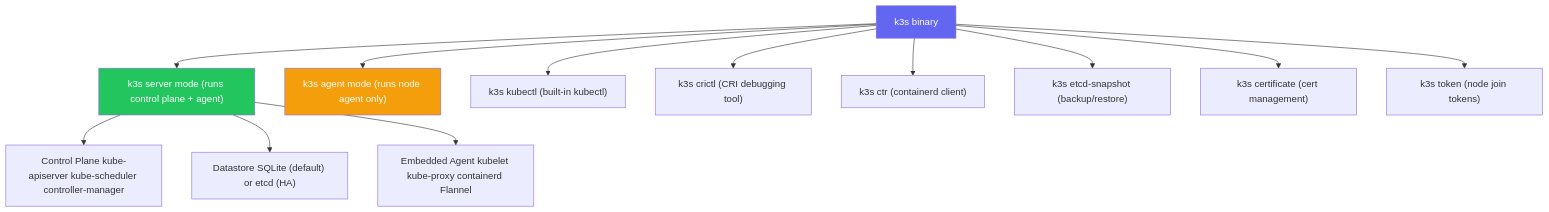
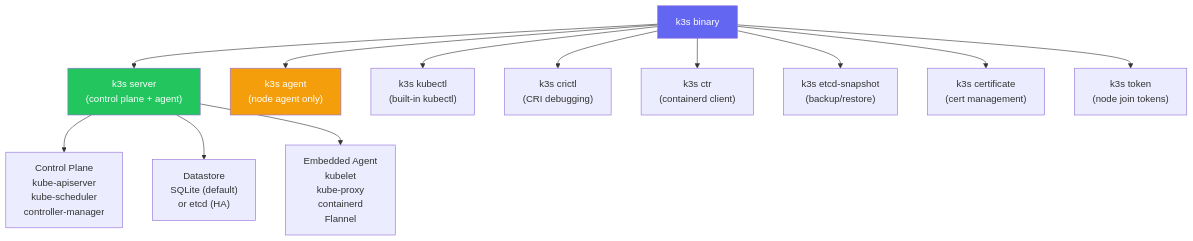
One commit to UncleJS/course_k3s changed the third of 6 diagrams in 01_introduction/01_what_is_k3s.md. Above: the diagram before and after it, drawn with Mermaid. The commit also changed other lines of this file and 45 other files, not shown here.

First line of the commit message:
Expand all course lessons: Mermaid diagrams + rich prose across 43 files

````diff
--- a/01_introduction/01_what_is_k3s.md
+++ b/01_introduction/01_what_is_k3s.md
@@ -158,20 +188,20 @@
 ```mermaid
 flowchart TD
     BIN["k3s binary"]
-    BIN --> SERVER["k3s server mode (runs control plane + agent)"]
-    BIN --> AGENT["k3s agent mode (runs node agent only)"]
-    BIN --> KUBECTL["k3s kubectl (built-in kubectl)"]
-    BIN --> CRICTL["k3s crictl (CRI debugging tool)"]
-    BIN --> CTR["k3s ctr (containerd client)"]
-    BIN --> ETCD["k3s etcd-snapshot (backup/restore)"]
-    BIN --> CERT["k3s certificate (cert management)"]
-    BIN --> TOKEN["k3s token (node join tokens)"]
+    BIN --> SERVER["k3s server<br/>(control plane + agent)"]
+    BIN --> AGENT["k3s agent<br/>(node agent only)"]
+    BIN --> KUBECTL["k3s kubectl<br/>(built-in kubectl)"]
+    BIN --> CRICTL["k3s crictl<br/>(CRI debugging)"]
+    BIN --> CTR["k3s ctr<br/>(containerd client)"]
+    BIN --> ETCD["k3s etcd-snapshot<br/>(backup/restore)"]
+    BIN --> CERT["k3s certificate<br/>(cert management)"]
+    BIN --> TOKEN["k3s token<br/>(node join tokens)"]
 
-    SERVER --> CP["Control Plane kube-apiserver kube-scheduler controller-manager"]
-    SERVER --> DS["Datastore SQLite (default) or etcd (HA)"]
-    SERVER --> AGENT2["Embedded Agent kubelet kube-proxy containerd Flannel"]
+    SERVER --> CP["Control Plane<br/>kube-apiserver<br/>kube-scheduler<br/>controller-manager"]
+    SERVER --> DS["Datastore<br/>SQLite (default)<br/>or etcd (HA)"]
+    SERVER --> AGENT2["Embedded Agent<br/>kubelet<br/>kube-proxy<br/>containerd<br/>Flannel"]
 
     style BIN fill:#6366f1,color:#fff
     style SERVER fill:#22c55e,color:#fff
     style AGENT fill:#f59e0b,color:#fff
 ```
````
